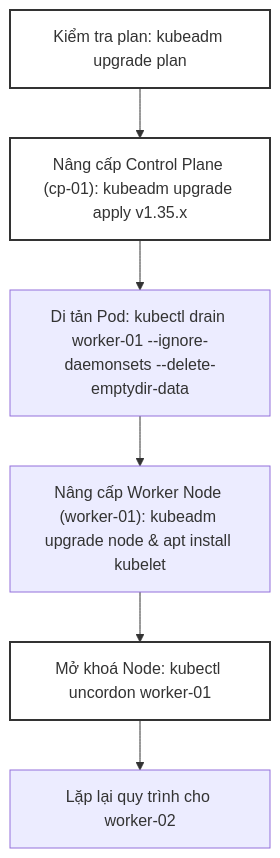
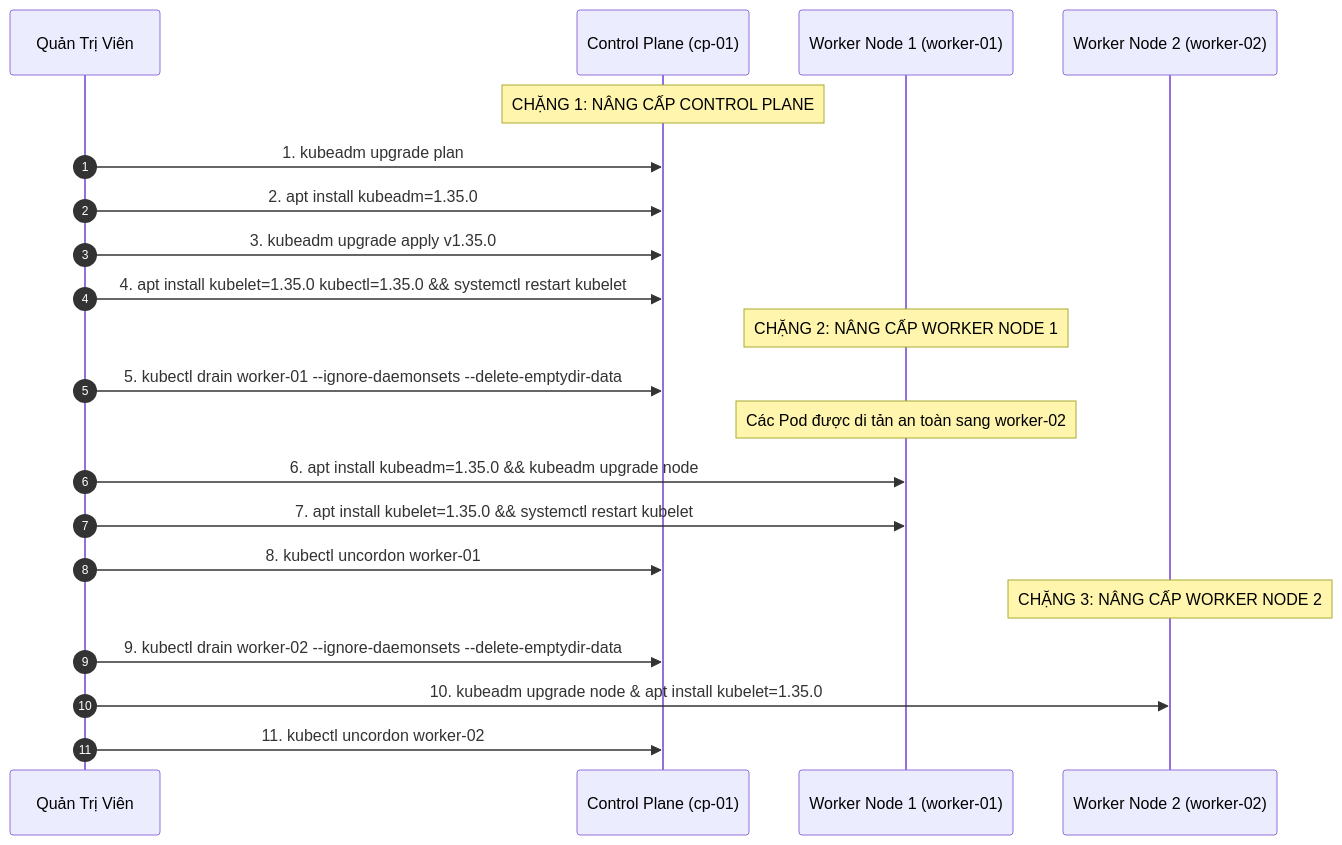
One commit to kiennt308/ntk changed the second of 5 diagrams in _posts/2026-09-12-cka-08-08-nang-cap-cum-va-node.md. Above: the diagram before and after it, drawn with Mermaid. The commit also changed other lines of this file and 39 other files, not shown here.

````diff
--- a/_posts/2026-09-12-cka-08-08-nang-cap-cum-va-node.md
+++ b/_posts/2026-09-12-cka-08-08-nang-cap-cum-va-node.md
@@ -364,12 +78,26 @@
 ```mermaid
-graph TD
-    A["Kiểm tra plan: kubeadm upgrade plan"] --> B["Nâng cấp Control Plane (cp-01): kubeadm upgrade apply v1.35.x"]
-    B --> C["Di tản Pod: kubectl drain worker-01 --ignore-daemonsets --delete-emptydir-data"]
-    C --> D["Nâng cấp Worker Node (worker-01): kubeadm upgrade node & apt install kubelet"]
-    D --> E["Mở khoá Node: kubectl uncordon worker-01"]
-    E --> F["Lặp lại quy trình cho worker-02"]
+sequenceDiagram
+    autonumber
+    participant Admin as Quản Trị Viên
+    participant CP as Control Plane (cp-01)
+    participant W1 as Worker Node 1 (worker-01)
+    participant W2 as Worker Node 2 (worker-02)
 
-    style A fill:none,stroke:#333,stroke-width:2px
-    style B fill:none,stroke:#333,stroke-width:2px
-    style E fill:none,stroke:#333,stroke-width:2px
+    Note over CP: CHẶNG 1: NÂNG CẤP CONTROL PLANE
+    Admin->>CP: 1. kubeadm upgrade plan
+    Admin->>CP: 2. apt install kubeadm=1.35.0
+    Admin->>CP: 3. kubeadm upgrade apply v1.35.0
+    Admin->>CP: 4. apt install kubelet=1.35.0 kubectl=1.35.0 && systemctl restart kubelet
+
+    Note over W1: CHẶNG 2: NÂNG CẤP WORKER NODE 1
+    Admin->>CP: 5. kubectl drain worker-01 --ignore-daemonsets --delete-emptydir-data
+    Note over W1: Các Pod được di tản an toàn sang worker-02
+    Admin->>W1: 6. apt install kubeadm=1.35.0 && kubeadm upgrade node
+    Admin->>W1: 7. apt install kubelet=1.35.0 && systemctl restart kubelet
+    Admin->>CP: 8. kubectl uncordon worker-01
+
+    Note over W2: CHẶNG 3: NÂNG CẤP WORKER NODE 2
+    Admin->>CP: 9. kubectl drain worker-02 --ignore-daemonsets --delete-emptydir-data
+    Admin->>W2: 10. kubeadm upgrade node & apt install kubelet=1.35.0
+    Admin->>CP: 11. kubectl uncordon worker-02
 ```
````
